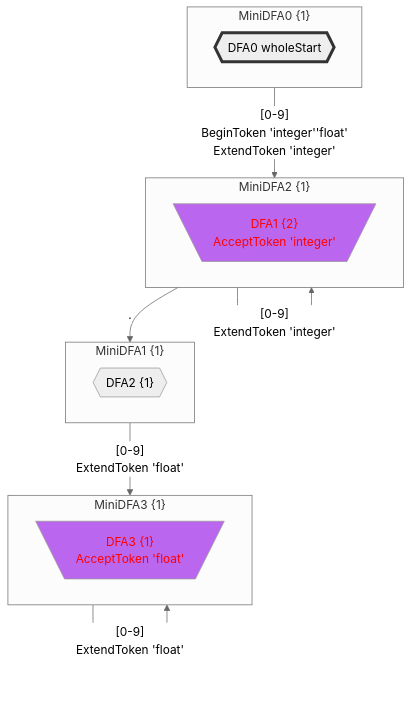
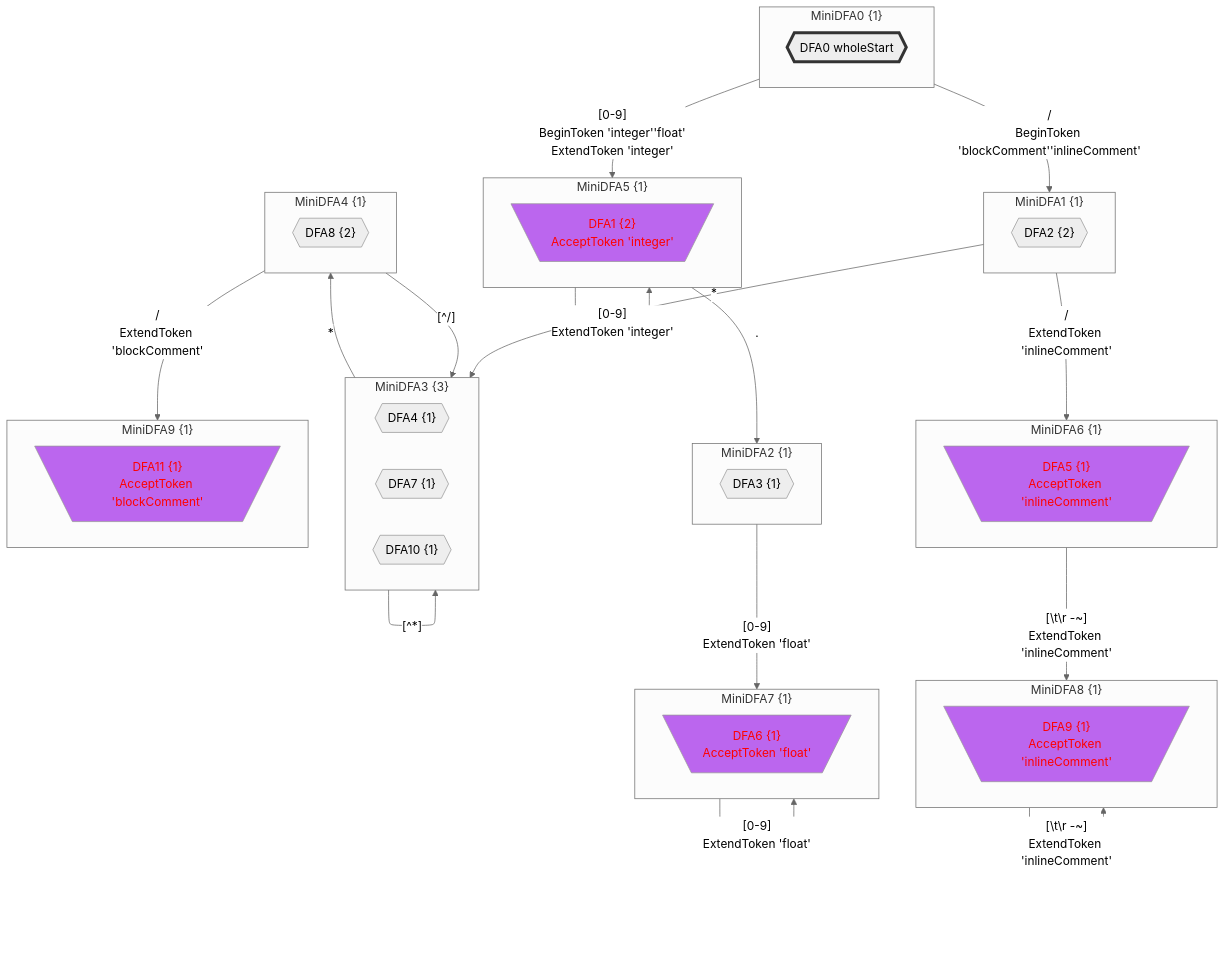
One commit to bitzhuwei/GrammarMentor changed the sixth of 7 diagrams in Practices/Practice.GeneratedXxxFormat.Test/GeneratedNumbers/doc/LexicalStates.gen.md. Above: the diagram before and after it, drawn with Mermaid (neutral theme). The commit also changed other lines of this file and 3868 other files, not shown here.

````diff
--- a/Practices/Practice.GeneratedXxxFormat.Test/GeneratedNumbers/doc/LexicalStates.gen.md
+++ b/Practices/Practice.GeneratedXxxFormat.Test/GeneratedNumbers/doc/LexicalStates.gen.md
@@ -362,34 +752,77 @@
 classDef c1101 stroke:#333,stroke-width:4px,fill:#BB66EE,color:#FF0000;
 classDef c1110 stroke:#333,stroke-width:4px,fill:#BB66EE,stroke-dasharray: 10 10;
 classDef c1111 stroke:#333,stroke-width:4px,fill:#BB66EE,stroke-dasharray: 10 10,color:#FF0000;
-subgraph MiniDFA0_569336601["MiniDFA0 {1}"]
-DFA0_-719760743_0{{"DFA0 wholeStart"}}
-class DFA0_-719760743_0 c1000;
+subgraph MiniDFA0_-525307974["MiniDFA0 {1}"]
+DFA0_-771602367_0{{"DFA0 wholeStart"}}
+class DFA0_-771602367_0 c1000;
 end
-class MiniDFA0_569336601 c1000;
-subgraph MiniDFA2_-164932217["MiniDFA2 {1}"]
-DFA1_-1749208652_1[\"DFA1 {2}
+class MiniDFA0_-525307974 c1000;
+subgraph MiniDFA5_-1569637513["MiniDFA5 {1}"]
+DFA1_-1280135935_1[\"DFA1 {2}
 AcceptToken 'integer'"/]
-class DFA1_-1749208652_1 c0101;
+class DFA1_-1280135935_1 c0101;
 end
-class MiniDFA2_-164932217 c0101;
-subgraph MiniDFA1_-292777981["MiniDFA1 {1}"]
-DFA2_-646656898_2{{"DFA2 {1}"}}
+class MiniDFA5_-1569637513 c0101;
+subgraph MiniDFA1_-1850694947["MiniDFA1 {1}"]
+DFA2_1441873589_2{{"DFA2 {2}"}}
 end
-subgraph MiniDFA3_-406947756["MiniDFA3 {1}"]
-DFA3_-496823011_3[\"DFA3 {1}
+subgraph MiniDFA2_-1722998101["MiniDFA2 {1}"]
+DFA3_816773074_3{{"DFA3 {1}"}}
+end
+subgraph MiniDFA3_-1677745688["MiniDFA3 {3}"]
+DFA4_2093590239_4{{"DFA4 {1}"}}
+DFA7_-664238604_5{{"DFA7 {1}"}}
+DFA10_155505367_6{{"DFA10 {1}"}}
+end
+subgraph MiniDFA6_-9237331["MiniDFA6 {1}"]
+DFA5_648968295_7[\"DFA5 {1}
+AcceptToken 'inlineComment'"/]
+class DFA5_648968295_7 c0101;
+end
+class MiniDFA6_-9237331 c0101;
+subgraph MiniDFA7_-2114836410["MiniDFA7 {1}"]
+DFA6_1463751463_8[\"DFA6 {1}
 AcceptToken 'float'"/]
-class DFA3_-496823011_3 c0101;
+class DFA6_1463751463_8 c0101;
 end
-class MiniDFA3_-406947756 c0101;
-MiniDFA0_569336601 -->|"[0-9]
+class MiniDFA7_-2114836410 c0101;
+subgraph MiniDFA4_758297002["MiniDFA4 {1}"]
+DFA8_-1012450386_9{{"DFA8 {2}"}}
+end
+subgraph MiniDFA8_1937419997["MiniDFA8 {1}"]
+DFA9_-1308847123_10[\"DFA9 {1}
+AcceptToken 'inlineComment'"/]
+class DFA9_-1308847123_10 c0101;
+end
+class MiniDFA8_1937419997 c0101;
+subgraph MiniDFA9_-2008467491["MiniDFA9 {1}"]
+DFA11_-175018733_11[\"DFA11 {1}
+AcceptToken 'blockComment'"/]
+class DFA11_-175018733_11 c0101;
+end
+class MiniDFA9_-2008467491 c0101;
+MiniDFA0_-525307974 -->|"[0-9]
 BeginToken 'integer''float'
-ExtendToken 'integer'"|MiniDFA2_-164932217
-MiniDFA2_-164932217 -->|"[0-9]
-ExtendToken 'integer'"|MiniDFA2_-164932217
-MiniDFA2_-164932217 -->|"."|MiniDFA1_-292777981
-MiniDFA1_-292777981 -->|"[0-9]
-ExtendToken 'float'"|MiniDFA3_-406947756
-MiniDFA3_-406947756 -->|"[0-9]
-ExtendToken 'float'"|MiniDFA3_-406947756
+ExtendToken 'integer'"|MiniDFA5_-1569637513
+MiniDFA0_-525307974 -->|"/
+BeginToken 'blockComment''inlineComment'"|MiniDFA1_-1850694947
+MiniDFA5_-1569637513 -->|"[0-9]
+ExtendToken 'integer'"|MiniDFA5_-1569637513
+MiniDFA5_-1569637513 -->|"."|MiniDFA2_-1722998101
+MiniDFA1_-1850694947 -->|"*"|MiniDFA3_-1677745688
+MiniDFA1_-1850694947 -->|"/
+ExtendToken 'inlineComment'"|MiniDFA6_-9237331
+MiniDFA2_-1722998101 -->|"[0-9]
+ExtendToken 'float'"|MiniDFA7_-2114836410
+MiniDFA3_-1677745688 -->|"[^*]"|MiniDFA3_-1677745688
+MiniDFA3_-1677745688 -->|"*"|MiniDFA4_758297002
+MiniDFA6_-9237331 -->|"[#92;t#92;r#32;-~]
+ExtendToken 'inlineComment'"|MiniDFA8_1937419997
+MiniDFA7_-2114836410 -->|"[0-9]
+ExtendToken 'float'"|MiniDFA7_-2114836410
+MiniDFA4_758297002 -->|"[^/]"|MiniDFA3_-1677745688
+MiniDFA4_758297002 -->|"/
+ExtendToken 'blockComment'"|MiniDFA9_-2008467491
+MiniDFA8_1937419997 -->|"[#92;t#92;r#32;-~]
+ExtendToken 'inlineComment'"|MiniDFA8_1937419997
 ```
````
